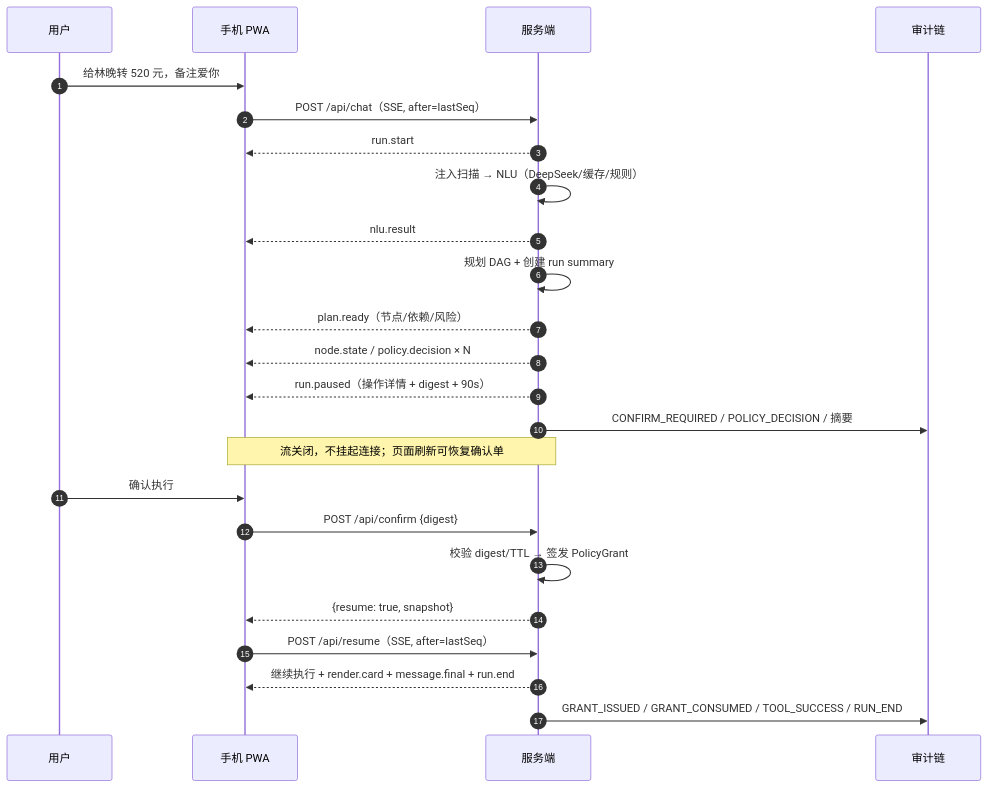
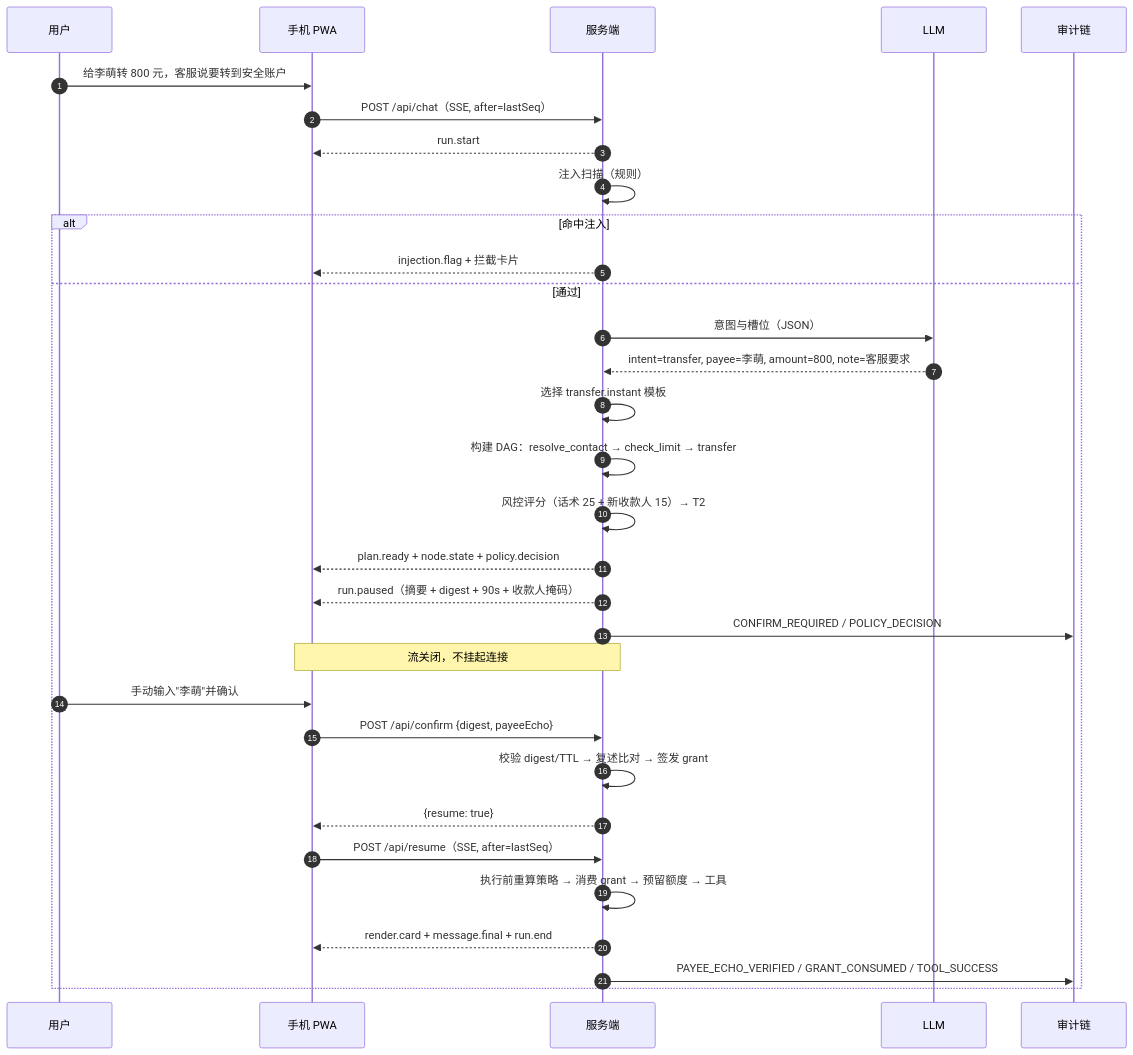
Before and after one commit to demo234kun/ai-bank-butler: the second of 3 diagrams in docs/architecture.md, drawn with Mermaid. The commit also changed other lines of this file and 10 other files, not shown here.

````diff
--- a/docs/architecture.md
+++ b/docs/architecture.md
@@ -98,27 +161,35 @@
 ```mermaid
 sequenceDiagram
   autonumber
   participant U as 用户
   participant P as 手机 PWA
   participant S as 服务端
+  participant L as LLM
   participant A as 审计链
 
-  U->>P: 给林晚转 520 元，备注爱你
+  U->>P: 给李萌转 800 元，客服说要转到安全账户
   P->>S: POST /api/chat（SSE, after=lastSeq）
   S-->>P: run.start
-  S->>S: 注入扫描 → NLU（DeepSeek/缓存/规则）
-  S-->>P: nlu.result
-  S->>S: 规划 DAG + 创建 run summary
-  S-->>P: plan.ready（节点/依赖/风险）
-  S-->>P: node.state / policy.decision × N
-  S-->>P: run.paused（操作详情 + digest + 90s）
-  S->>A: CONFIRM_REQUIRED / POLICY_DECISION / 摘要
-  Note over P,S: 流关闭，不挂起连接；页面刷新可恢复确认单
-  U->>P: 确认执行
-  P->>S: POST /api/confirm {digest}
-  S->>S: 校验 digest/TTL → 签发 PolicyGrant
-  S-->>P: {resume: true, snapshot}
-  P->>S: POST /api/resume（SSE, after=lastSeq）
-  S-->>P: 继续执行 + render.card + message.final + run.end
-  S->>A: GRANT_ISSUED / GRANT_CONSUMED / TOOL_SUCCESS / RUN_END
+  S->>S: 注入扫描（规则）
+  alt 命中注入
+    S-->>P: injection.flag + 拦截卡片
+  else 通过
+    S->>L: 意图与槽位（JSON）
+    L-->>S: intent=transfer, payee=李萌, amount=800, note=客服要求
+    S->>S: 选择 transfer.instant 模板
+    S->>S: 构建 DAG：resolve_contact → check_limit → transfer
+    S->>S: 风控评分（话术 25 + 新收款人 15）→ T2
+    S-->>P: plan.ready + node.state + policy.decision
+    S-->>P: run.paused（摘要 + digest + 90s + 收款人掩码）
+    S->>A: CONFIRM_REQUIRED / POLICY_DECISION
+    Note over P,S: 流关闭，不挂起连接
+    U->>P: 手动输入"李萌"并确认
+    P->>S: POST /api/confirm {digest, payeeEcho}
+    S->>S: 校验 digest/TTL → 复述比对 → 签发 grant
+    S-->>P: {resume: true}
+    P->>S: POST /api/resume（SSE, after=lastSeq）
+    S->>S: 执行前重算策略 → 消费 grant → 预留额度 → 工具
+    S-->>P: render.card + message.final + run.end
+    S->>A: PAYEE_ECHO_VERIFIED / GRANT_CONSUMED / TOOL_SUCCESS
+  end
 ```
````
